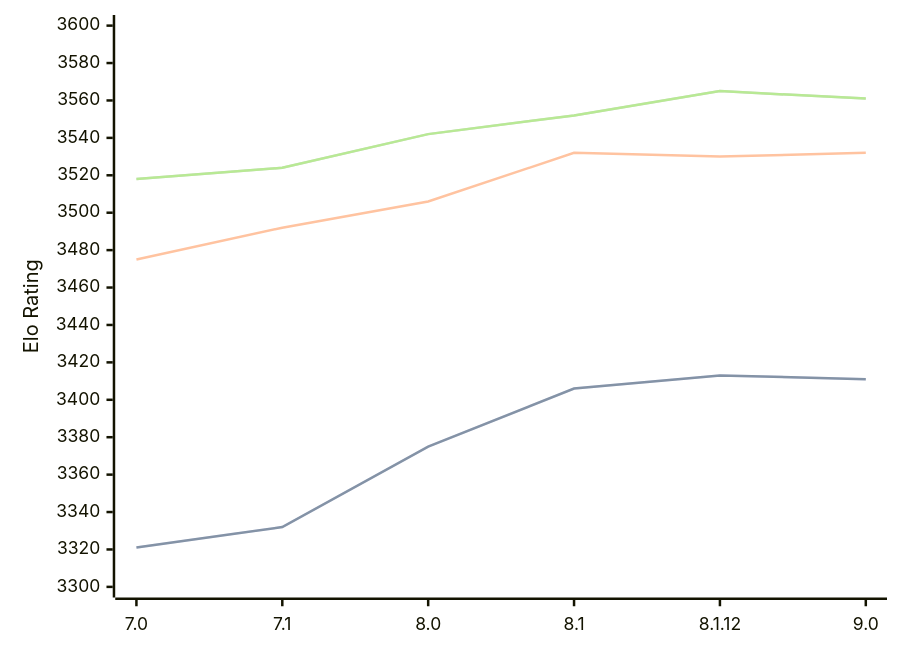
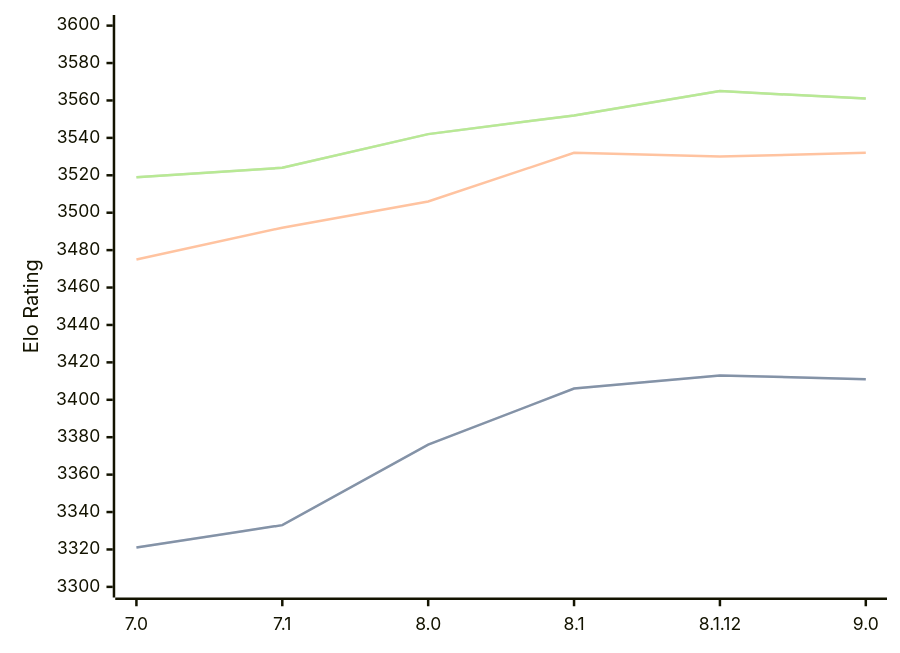
One commit to computer-chess-index/cci changed the third of 3 diagrams in engines/Alexandria.md. Above: the diagram before and after it, drawn with Mermaid. The commit also changed other lines of this file, not shown here.

Commit message:
Update CCI Ratings (ELO VLTC) - 2026-07-17

````diff
--- a/engines/Alexandria.md
+++ b/engines/Alexandria.md
@@ -88,11 +88,11 @@
 ```mermaid
 %%{init: {"theme":"base","themeVariables":{"seriesColors:['#a3a3a3','#222221','#faa371']}}}%%
 xychart-beta
   x-axis ["7.0", "7.1", "8.0", "8.1", "8.1.12", "9.0"]
   y-axis "Elo Rating" 3300 --> 3600
-  line "STC (8.0+0.08s)" [3321, 3332, 3375, 3406, 3413, 3411]
-  line "STC (8.0+0.08s)" [3321, 3332, 3375, 3406, 3413, 3411]
+  line "STC (8.0+0.08s)" [3321, 3333, 3376, 3406, 3413, 3411]
+  line "STC (8.0+0.08s)" [3321, 3333, 3376, 3406, 3413, 3411]
   line "LTC (60.0+0.60s)" [3475, 3492, 3506, 3532, 3530, 3532]
-  line "VLTC (2m24s+1.12s)" [3518, 3524, 3542, 3552, 3565, 3561]
-  line "VLTC (2m24s+1.12s)" [3518, 3524, 3542, 3552, 3565, 3561]
+  line "VLTC (2m24s+1.12s)" [3519, 3524, 3542, 3552, 3565, 3561]
+  line "VLTC (2m24s+1.12s)" [3519, 3524, 3542, 3552, 3565, 3561]
 ```
````
